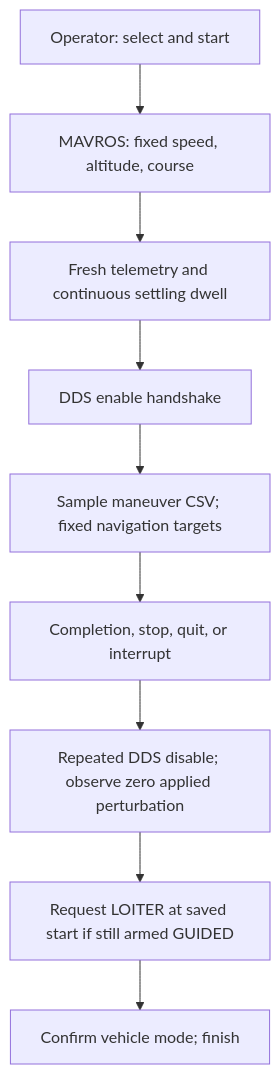
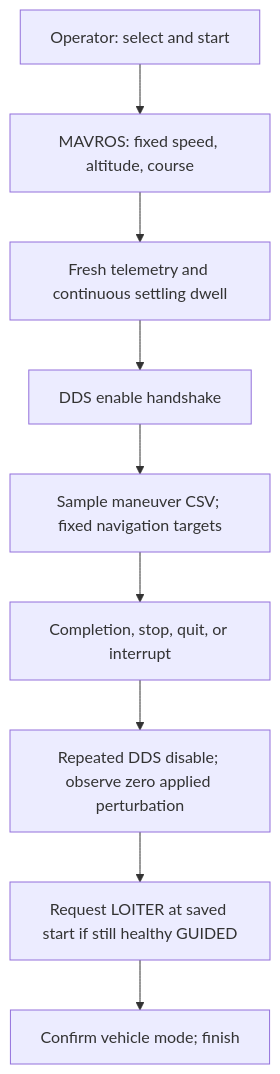
Before and after one commit to Xander-Mosley/ros2_sid: the diagram in ros2_sid/docs/straight_flight_plan.md, drawn with Mermaid. The commit also changed other lines of this file and 9 other files, not shown here.

````diff
--- a/ros2_sid/docs/straight_flight_plan.md
+++ b/ros2_sid/docs/straight_flight_plan.md
@@ -71,11 +71,11 @@
 ```mermaid
 flowchart TD
     A[Operator: select and start] --> B[MAVROS: fixed speed, altitude, course]
     B --> C[Fresh telemetry and continuous settling dwell]
     C --> D[DDS enable handshake]
     D --> E[Sample maneuver CSV; fixed navigation targets]
     E --> F[Completion, stop, quit, or interrupt]
     F --> G[Repeated DDS disable; observe zero applied perturbation]
-    G --> H[Request LOITER at saved start if still armed GUIDED]
+    G --> H[Request LOITER at saved start if still healthy GUIDED]
     H --> I[Confirm vehicle mode; finish]
 ```
````
